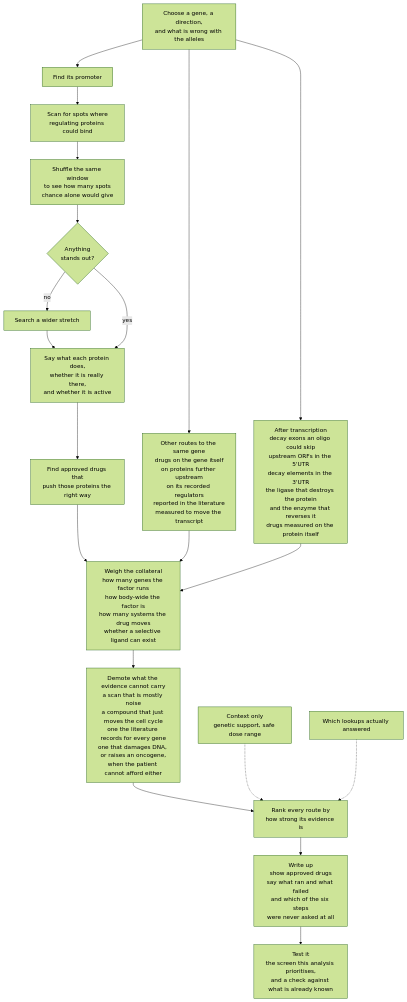
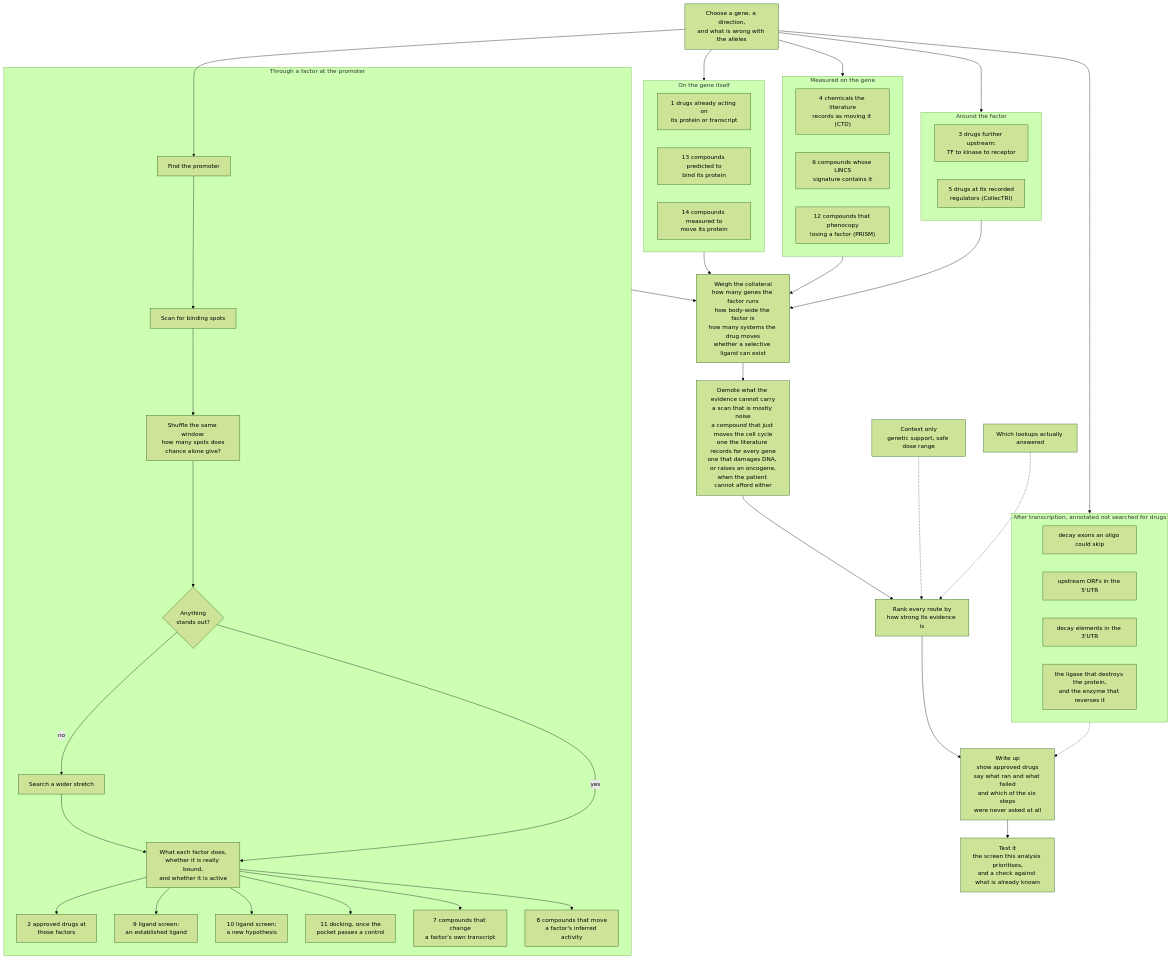
Before and after one commit to kjmartin44/Martins: the diagram in docs/pipeline_detail.mmd, drawn with Mermaid (forest theme). The commit also changed 3 other files, not shown here.

Commit message:
i want to view the updated graphs here

```diff
--- a/docs/pipeline_detail.mmd
+++ b/docs/pipeline_detail.mmd
@@ -1,27 +1,62 @@
-%% The same run in more detail. The short version is pipeline.mmd. Source of truth: docs/how-it-works.md.
+%% The same run in more detail, naming all fourteen routes.
+%% The short version is pipeline.mmd. Source of truth: docs/how-it-works.md.
 flowchart TD
     START["Choose a gene, a direction,<br/>and what is wrong with the alleles"]
 
-    START --> PROM["Find its promoter"]
-    PROM --> SCAN["Scan for spots where<br/>regulating proteins could bind"]
-    SCAN --> NULL["Shuffle the same window<br/>to see how many spots<br/>chance alone would give"]
-    NULL --> Q{"Anything<br/>stands out?"}
-    Q -- no --> WIDE["Search a wider stretch"] --> CHECK
-    Q -- yes --> CHECK["Say what each protein does,<br/>whether it is really there,<br/>and whether it is active"]
-    CHECK --> DRUGS["Find approved drugs that<br/>push those proteins the right way"]
+    subgraph ON_GENE["On the gene itself"]
+        R1["1 drugs already acting on<br/>its protein or transcript"]
+        R13["13 compounds predicted to<br/>bind its protein"]
+        R14["14 compounds measured to<br/>move its protein"]
+    end
 
-    START --> OTHER["Other routes to the same gene<br/>drugs on the gene itself<br/>on proteins further upstream<br/>on its recorded regulators<br/>reported in the literature<br/>measured to move the transcript"]
+    subgraph MEASURED["Measured on the gene"]
+        R4["4 chemicals the literature<br/>records as moving it (CTD)"]
+        R6["6 compounds whose LINCS<br/>signature contains it"]
+        R12["12 compounds that phenocopy<br/>losing a factor (PRISM)"]
+    end
 
-    START --> AFTER["After transcription<br/>decay exons an oligo could skip<br/>upstream ORFs in the 5'UTR<br/>decay elements in the 3'UTR<br/>the ligase that destroys the protein<br/>and the enzyme that reverses it<br/>drugs measured on the protein itself"]
+    subgraph VIA_TF["Through a factor at the promoter"]
+        PROM["Find the promoter"] --> SCAN["Scan for binding spots"]
+        SCAN --> NULL["Shuffle the same window:<br/>how many spots does<br/>chance alone give?"]
+        NULL --> Q{"Anything<br/>stands out?"}
+        Q -- no --> WIDE["Search a wider stretch"] --> CHECK
+        Q -- yes --> CHECK["What each factor does,<br/>whether it is really bound,<br/>and whether it is active"]
+        CHECK --> R2["2 approved drugs at<br/>those factors"]
+        CHECK --> R9["9 ligand screen:<br/>an established ligand"]
+        CHECK --> R10["10 ligand screen:<br/>a new hypothesis"]
+        CHECK --> R11["11 docking, once the<br/>pocket passes a control"]
+        CHECK --> R7["7 compounds that change<br/>a factor's own transcript"]
+        CHECK --> R8["8 compounds that move<br/>a factor's inferred activity"]
+    end
 
-    DRUGS --> NARROW["Weigh the collateral<br/>how many genes the factor runs<br/>how body-wide the factor is<br/>how many systems the drug moves<br/>whether a selective ligand can exist"]
-    OTHER --> NARROW
-    AFTER --> NARROW
+    subgraph AROUND["Around the factor"]
+        R3["3 drugs further upstream:<br/>TF to kinase to receptor"]
+        R5["5 drugs at its recorded<br/>regulators (CollecTRI)"]
+    end
+
+    subgraph AFTER["After transcription, annotated not searched for drugs"]
+        A1["decay exons an oligo could skip"]
+        A2["upstream ORFs in the 5'UTR"]
+        A3["decay elements in the 3'UTR"]
+        A4["the ligase that destroys the protein,<br/>and the enzyme that reverses it"]
+    end
+
+    START --> ON_GENE
+    START --> MEASURED
+    START --> PROM
+    START --> AROUND
+    START --> AFTER
+
+    ON_GENE --> NARROW["Weigh the collateral<br/>how many genes the factor runs<br/>how body-wide the factor is<br/>how many systems the drug moves<br/>whether a selective ligand can exist"]
+    MEASURED --> NARROW
+    VIA_TF --> NARROW
+    AROUND --> NARROW
 
     NARROW --> GATES["Demote what the evidence cannot carry<br/>a scan that is mostly noise<br/>a compound that just moves the cell cycle<br/>one the literature records for every gene<br/>one that damages DNA, or raises an oncogene,<br/>when the patient cannot afford either"]
     GATES --> RANK["Rank every route by<br/>how strong its evidence is"]
     CONTEXT["Context only<br/>genetic support, safe dose range"] -.-> RANK
     LEDGER["Which lookups actually answered"] -.-> RANK
+    AFTER -.-> REPORT
 
     RANK --> REPORT["Write up<br/>show approved drugs<br/>say what ran and what failed<br/>and which of the six steps<br/>were never asked at all"]
     REPORT --> TEST["Test it<br/>the screen this analysis prioritises,<br/>and a check against what is already known"]
```
